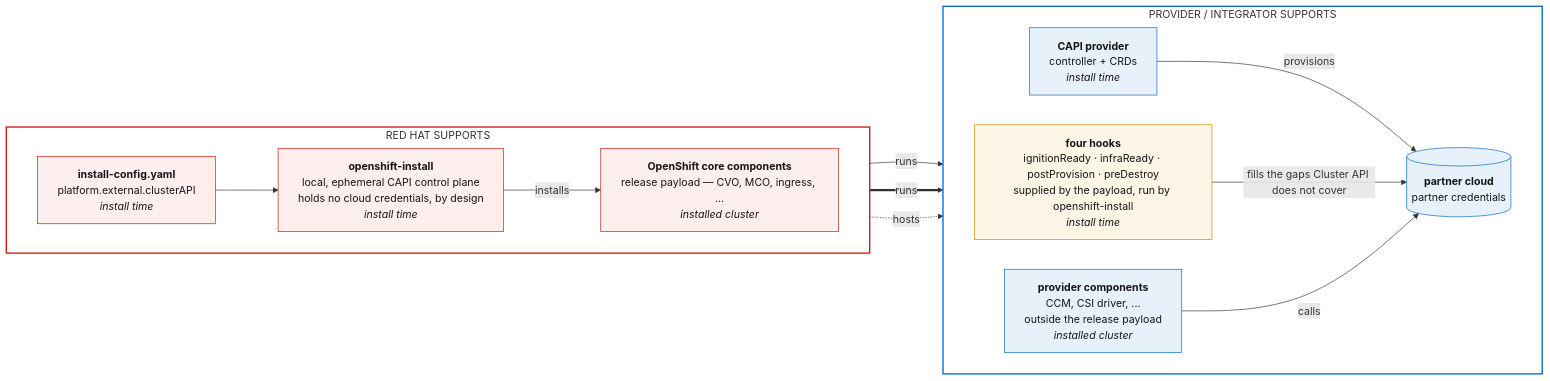
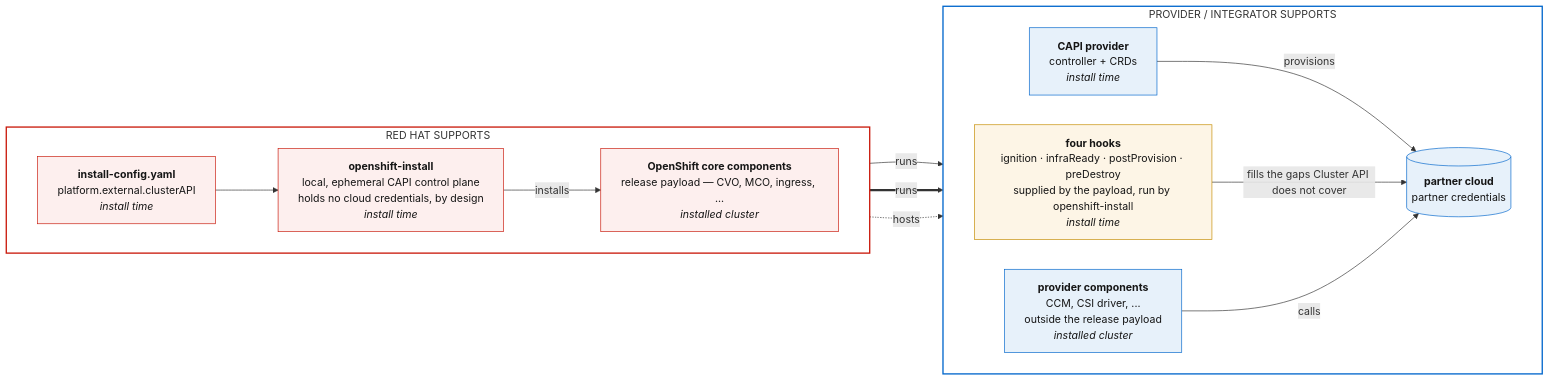
One commit to mtulio/enhancements changed the first of 3 diagrams in enhancements/cloud-integration/install-external-platform-type-with-capi.md. Above: the diagram before and after it, drawn with Mermaid. The commit also changed other lines of this file and 1 other file, not shown here.

````diff
--- a/enhancements/cloud-integration/install-external-platform-type-with-capi.md
+++ b/enhancements/cloud-integration/install-external-platform-type-with-capi.md
@@ -76,36 +76,36 @@
 ```mermaid
 %%{init: {"flowchart": {"wrappingWidth": 300, "nodeSpacing": 45, "rankSpacing": 70}}}%%
 flowchart LR
   subgraph RH["RED HAT SUPPORTS"]
     direction LR
     IC["<b>install-config.yaml</b><br/>platform.external.clusterAPI<br/><i>install time</i>"]
     OI["<b>openshift-install</b><br/>local, ephemeral CAPI control plane<br/>holds no cloud credentials, by design<br/><i>install time</i>"]
     CORE["<b>OpenShift core components</b><br/>release payload &mdash; CVO, MCO, ingress, ...<br/><i>installed cluster</i>"]
   end
 
   subgraph PR["PROVIDER / INTEGRATOR SUPPORTS"]
     direction LR
     CTRL["<b>CAPI provider</b><br/>controller + CRDs<br/><i>install time</i>"]
-    HOOK["<b>four hooks</b><br/>ignitionReady · infraReady · postProvision · preDestroy<br/>supplied by the payload, run by openshift-install<br/><i>install time</i>"]
+    HOOK["<b>four hooks</b><br/>ignition · infraReady · postProvision · preDestroy<br/>supplied by the payload, run by openshift-install<br/><i>install time</i>"]
     CLOUD[("<b>partner cloud</b><br/>partner credentials")]
     COMP["<b>provider components</b><br/>CCM, CSI driver, ...<br/>outside the release payload<br/><i>installed cluster</i>"]
   end
 
   IC --> OI
   OI -- "installs" --> CORE
   OI -- "runs" --> CTRL
   OI == "runs" ==> HOOK
   CTRL -- "provisions" --> CLOUD
   HOOK -- "fills the gaps Cluster API does not cover" --> CLOUD
   CORE -. "hosts" .-> COMP
   COMP -- "calls" --> CLOUD
 
   classDef rh fill:#fdefee,stroke:#c9190b,color:#151515
   classDef pr fill:#e7f1fa,stroke:#0066cc,color:#151515
   classDef hk fill:#fdf5e6,stroke:#c58c00,color:#151515
   class IC,OI,CORE rh
   class CTRL,CLOUD,COMP pr
   class HOOK hk
   style RH fill:#ffffff,stroke:#c9190b,stroke-width:2px
   style PR fill:#ffffff,stroke:#0066cc,stroke-width:2px
 ```
````
